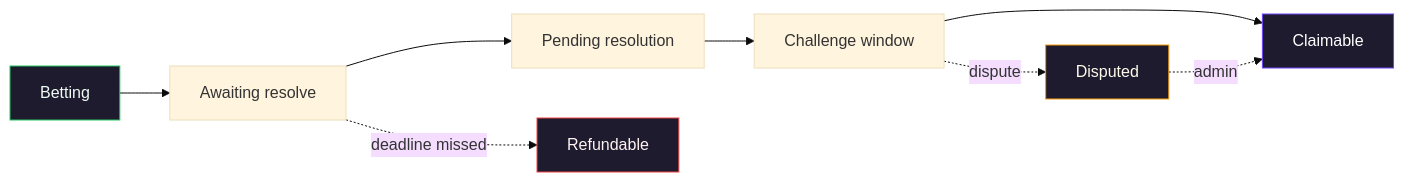
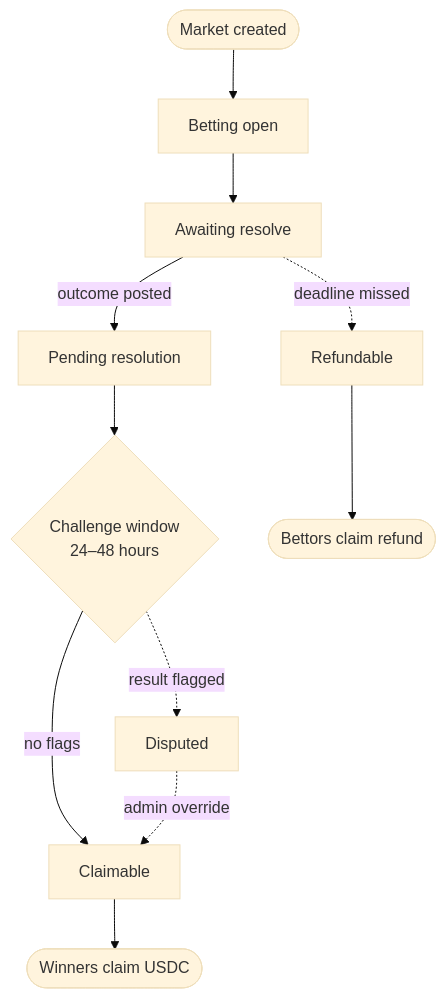
Before and after one commit to cypher-zk/docs: the diagram in how-it-works/lifecycle.mdx, drawn with Mermaid (base theme). The commit also changed other lines of this file and 9 other files, not shown here.

````diff
--- a/how-it-works/lifecycle.mdx
+++ b/how-it-works/lifecycle.mdx
@@ -12,15 +10,13 @@
 ```mermaid
-flowchart LR
-    A[Betting] --> B[Awaiting resolve]
-    B --> C[Pending resolution]
-    C --> D[Challenge window]
-    D --> E[Claimable]
-    D -.dispute.-> F[Disputed]
-    F -.admin.-> E
-    B -.deadline missed.-> G[Refundable]
-
-    style A fill:#1f1b2e,stroke:#22c55e,color:#f0fdf4
-    style E fill:#1f1b2e,stroke:#6d45fc,color:#fff
-    style F fill:#1f1b2e,stroke:#f59e0b,color:#fffbeb
-    style G fill:#1f1b2e,stroke:#ef4444,color:#fef2f2
+flowchart TD
+    A([Market created]) --> B[Betting open]
+    B --> C[Awaiting resolve]
+    C -->|outcome posted| D[Pending resolution]
+    C -.deadline missed.-> G[Refundable]
+    D --> CW{Challenge window\n24–48 hours}
+    CW -->|no flags| E[Claimable]
+    CW -.result flagged.-> F[Disputed]
+    F -.admin override.-> E
+    E --> DONE([Winners claim USDC])
+    G --> REFUND([Bettors claim refund])
 ```
````
